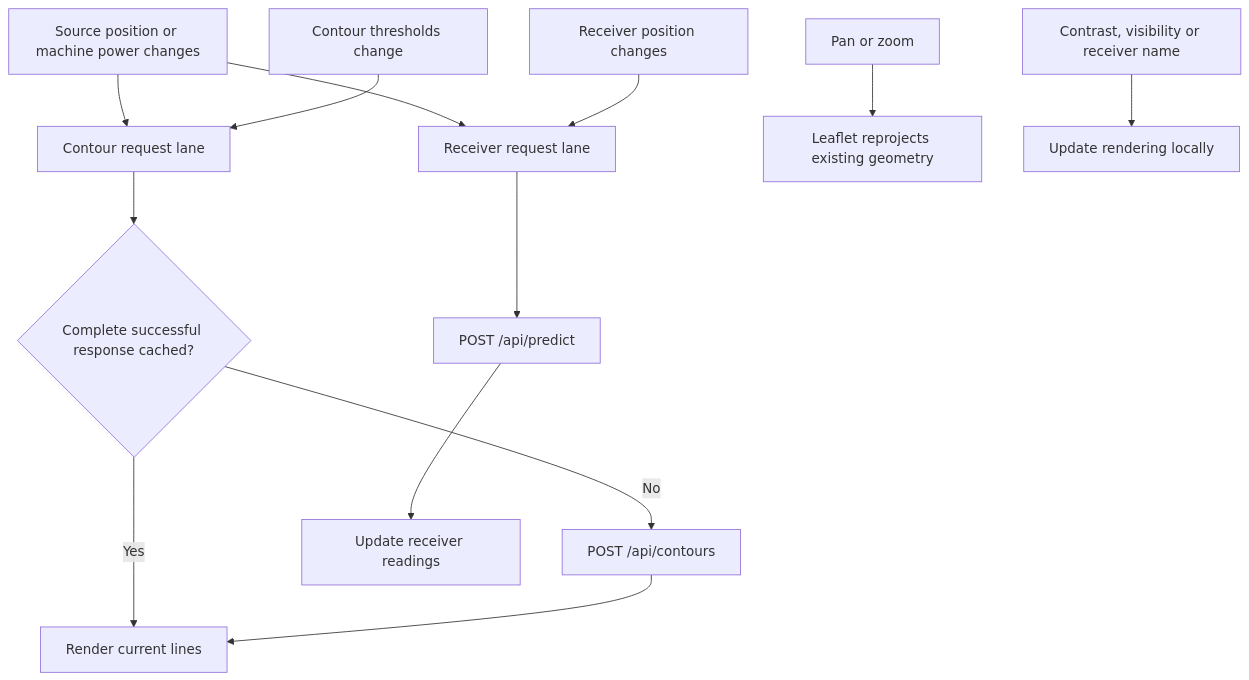
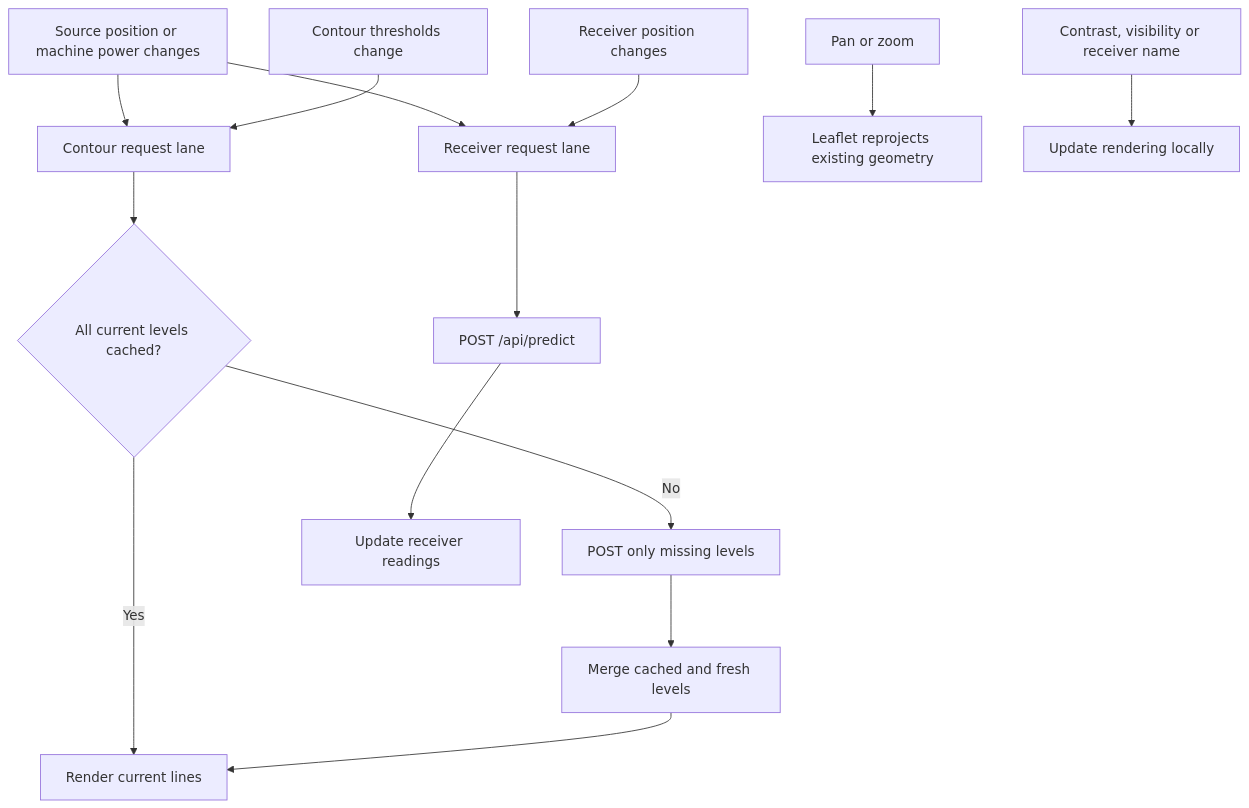
The second of 3 diagrams in ARCHITECURE.md (Jakespitteler/Sound-Model), drawn with Mermaid before and after one commit. The commit also changed other lines of this file and 5 other files, not shown here.

````diff
--- a/ARCHITECURE.md
+++ b/ARCHITECURE.md
@@ -42,15 +42,16 @@
 ```mermaid
 flowchart TD
     Source[Source position or machine power changes] --> R[Receiver request lane]
     Source --> G[Contour request lane]
     Receiver[Receiver position changes] --> R
     Levels[Contour thresholds change] --> G
-    G --> Cache{Complete successful response cached?}
+    G --> Cache{All current levels cached?}
     Cache -->|Yes| Lines[Render current lines]
-    Cache -->|No| Contours[POST /api/contours]
-    Contours --> Lines
+    Cache -->|No| Contours[POST only missing levels]
+    Contours --> Merge[Merge cached and fresh levels]
+    Merge --> Lines
     R --> Predict[POST /api/predict]
     Predict --> Numbers[Update receiver readings]
     Camera[Pan or zoom] --> Reproject[Leaflet reprojects existing geometry]
     Style[Contrast, visibility or receiver name] --> Local[Update rendering locally]
 ```
````
